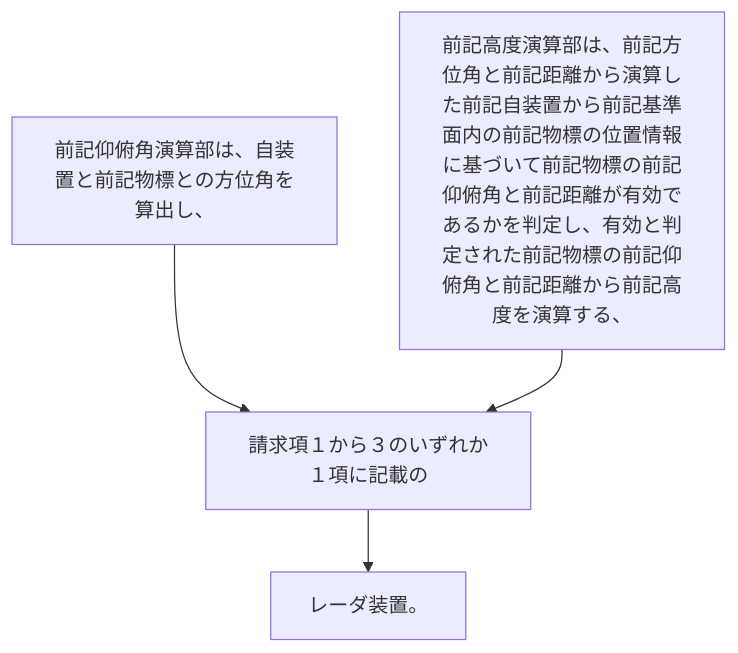
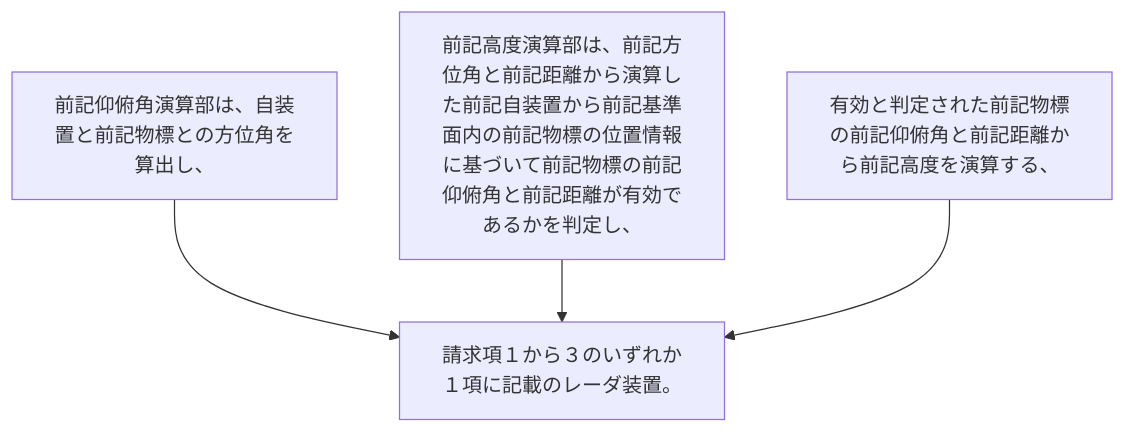
One commit to shinmori55/patent_analyzed changed the diagram in 2024/JP2024021637A/claim_7/README.md. Above: the diagram before and after it, drawn with Mermaid. The commit also changed 336 other files, not shown here.

````diff
--- a/2024/JP2024021637A/claim_7/README.md
+++ b/2024/JP2024021637A/claim_7/README.md
@@ -4,10 +4,10 @@
 ```mermaid
 flowchart TD
 A[前記仰俯角演算部は、自装置と前記物標との方位角を算出し、]
-B[前記高度演算部は、前記方位角と前記距離から演算した前記自装置から前記基準面内の前記物標の位置情報に基づいて前記物標の前記仰俯角と前記距離が有効であるかを判定し、有効と判定された前記物標の前記仰俯角と前記距離から前記高度を演算する、]
-C[請求項１から３のいずれか１項に記載の]
-D[レーダ装置。]
-A --> C
-B --> C
+B[前記高度演算部は、前記方位角と前記距離から演算した前記自装置から前記基準面内の前記物標の位置情報に基づいて前記物標の前記仰俯角と前記距離が有効であるかを判定し、]
+C[有効と判定された前記物標の前記仰俯角と前記距離から前記高度を演算する、]
+D[請求項１から３のいずれか１項に記載のレーダ装置。]
+A --> D
+B --> D
 C --> D
 ```
````
